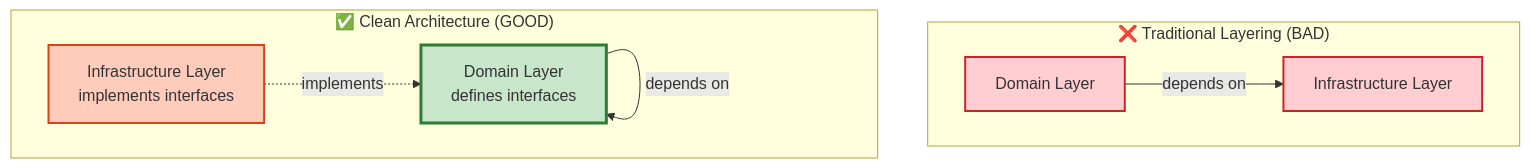
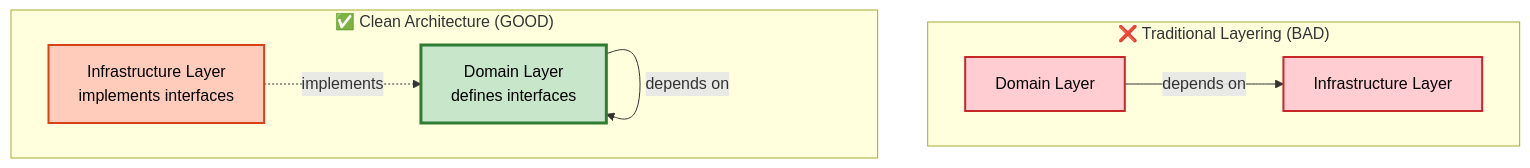
The third of 5 diagrams in CONTRIBUTING.md (bolshakov/stoplight), drawn with Mermaid before and after one commit.

Commit message:
chore: Change text color for mermaid to black

````diff
--- a/CONTRIBUTING.md
+++ b/CONTRIBUTING.md
@@ -66,20 +66,20 @@
 ```mermaid
 graph TD
     subgraph "❌ Traditional Layering (BAD)"
         DomainBad[Domain Layer]
         InfraBad[Infrastructure Layer]
         DomainBad -->|depends on| InfraBad
     end
     
     subgraph "✅ Clean Architecture (GOOD)"
         Domain[Domain Layer<br/>defines interfaces]
         Infra[Infrastructure Layer<br/>implements interfaces]
         Infra -.->|implements| Domain
         Domain -->|depends on| Domain
     end
     
-    style DomainBad fill:#ffcdd2,stroke:#c62828,stroke-width:2px
-    style InfraBad fill:#ffcdd2,stroke:#c62828,stroke-width:2px
-    style Domain fill:#c8e6c9,stroke:#2e7d32,stroke-width:3px
-    style Infra fill:#ffccbc,stroke:#d84315,stroke-width:2px
+    style DomainBad fill:#ffcdd2,stroke:#c62828,stroke-width:2px,color:#000
+    style InfraBad fill:#ffcdd2,stroke:#c62828,stroke-width:2px,color:#000
+    style Domain fill:#c8e6c9,stroke:#2e7d32,stroke-width:3px,color:#000
+    style Infra fill:#ffccbc,stroke:#d84315,stroke-width:2px,color:#000
 ```
````
